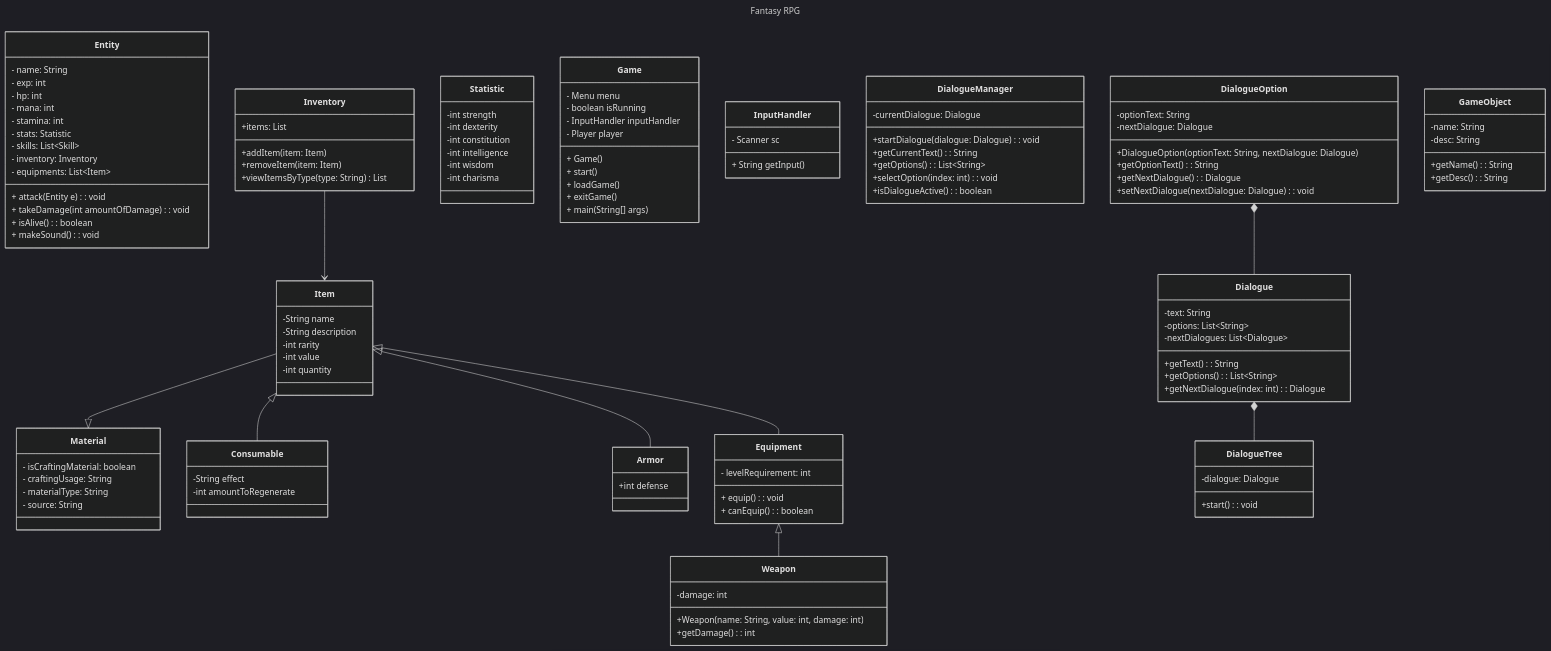
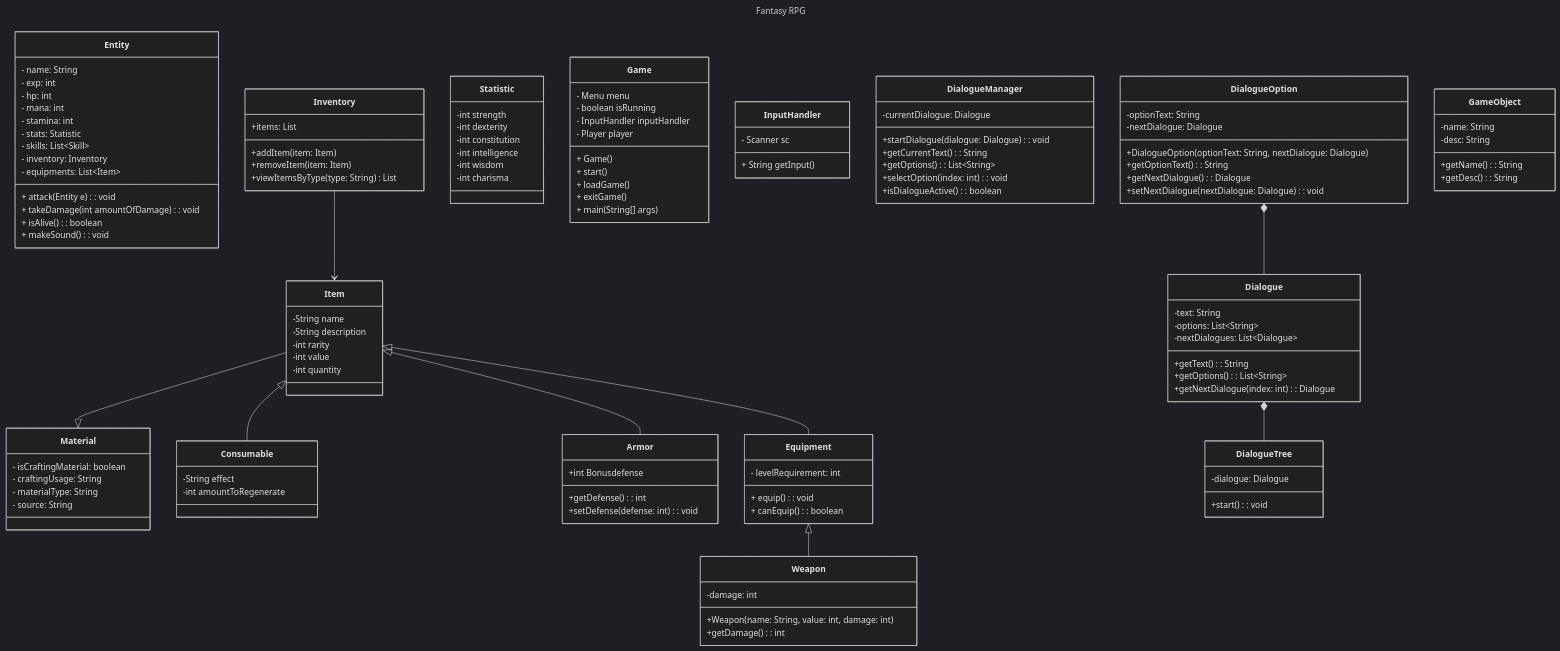
The diagram in wiki/Class-Diagram.md (pacalso-jjc/2425-2nd-cc3-1b-rpg), drawn with Mermaid (dark theme) before and after one commit.

Commit message:
Updated lines and added Getters and Setters

```diff
--- a/wiki/Class-Diagram.md
+++ b/wiki/Class-Diagram.md
@@ -53,7 +53,9 @@
 
     Item <|-- Armor
     class Armor {
-        +int defense
+        +int Bonusdefense
+	+getDefense(): int
+        +setDefense(defense: int): void
     }
 
     class Game {
```
